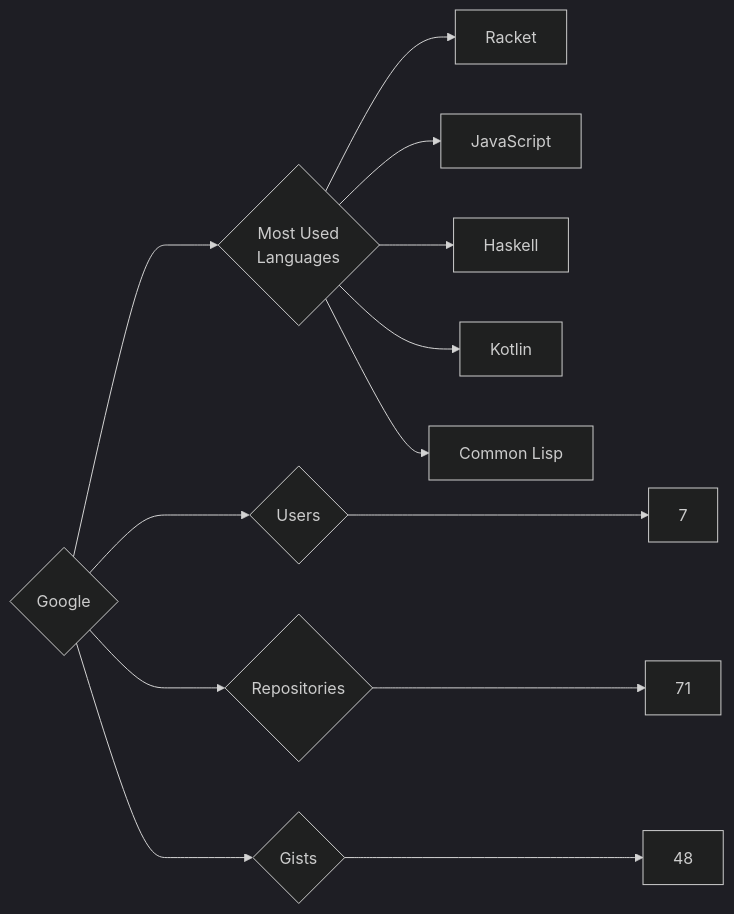
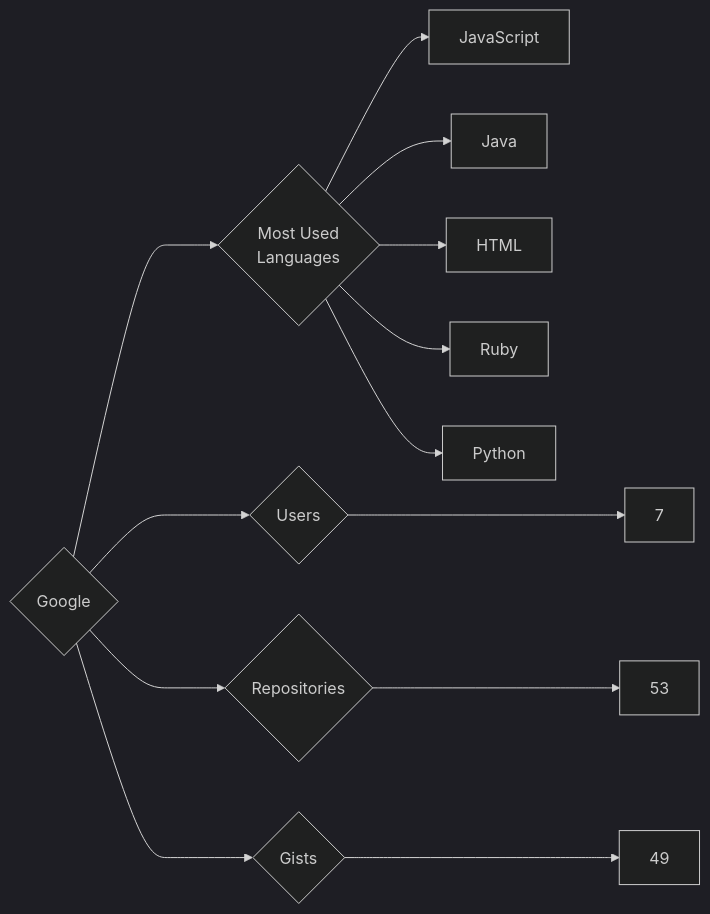
Before and after one commit to trickest/insiders: the diagram in targets/Google/README.md, drawn with Mermaid (dark theme). The commit also changed 1148 other files, not shown here.

````diff
--- a/targets/Google/README.md
+++ b/targets/Google/README.md
@@ -3,13 +3,13 @@
 ```mermaid
 graph LR
 COMPANY_NAME{Google}
 COMPANY_NAME ---> U{Users} ---> UN[7]
-COMPANY_NAME ---> R{Repositories} ---> RN[71]
-COMPANY_NAME ---> G{Gists} ---> GN[48]
+COMPANY_NAME ---> R{Repositories} ---> RN[53]
+COMPANY_NAME ---> G{Gists} ---> GN[49]
 COMPANY_NAME ---> ML{Most Used<br>Languages}
-ML --> Racket[Racket]
 ML --> JavaScript[JavaScript]
-ML --> Haskell[Haskell]
-ML --> Kotlin[Kotlin]
-ML --> Common_Lisp[Common Lisp]
+ML --> Java[Java]
+ML --> HTML[HTML]
+ML --> Ruby[Ruby]
+ML --> Python[Python]
 ```
````
